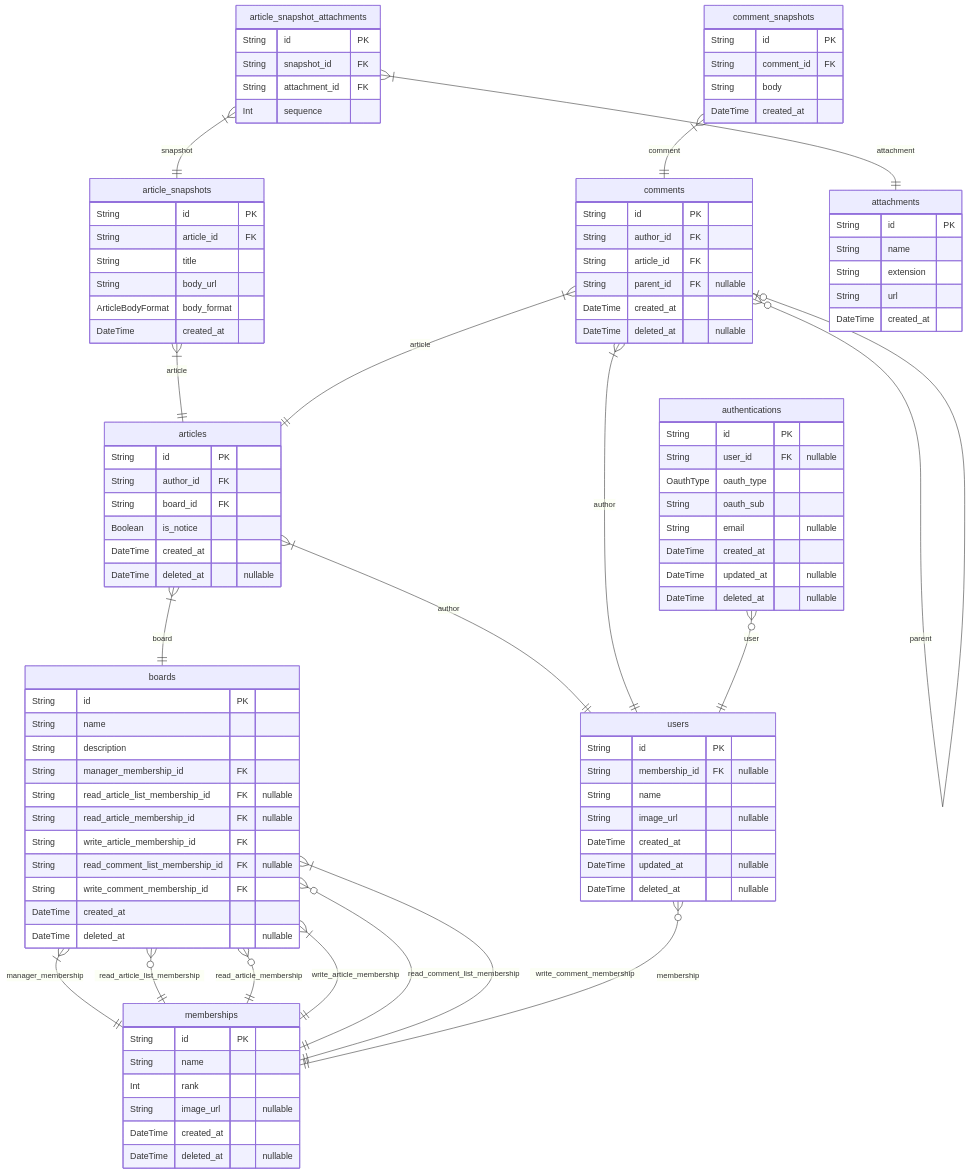
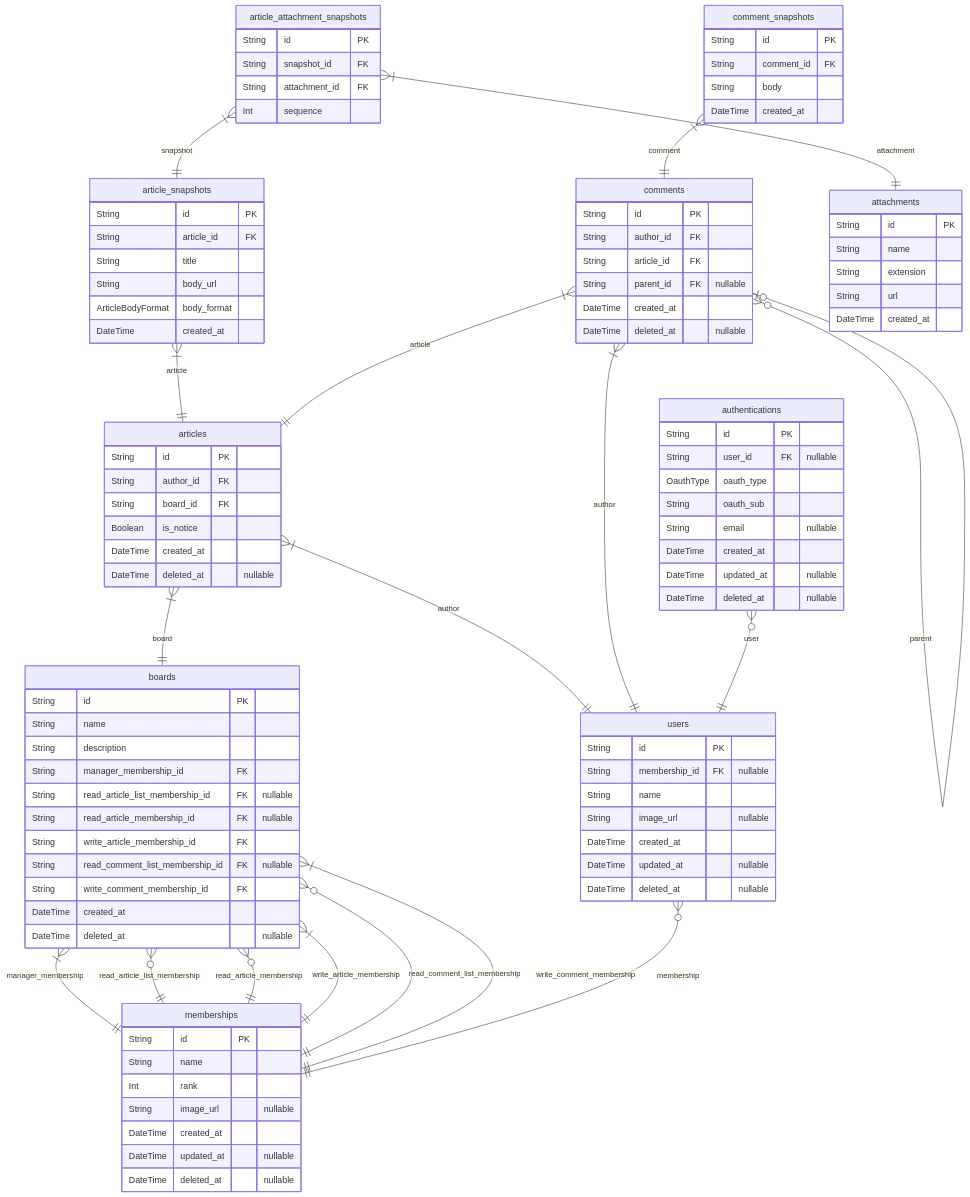
One commit to rojiwon123/bbs changed the first of 5 diagrams in ERD.md. Above: the diagram before and after it, drawn with Mermaid. The commit also changed other lines of this file and 27 other files, not shown here.

```diff
--- a/ERD.md
+++ b/ERD.md
@@ -28,7 +28,7 @@
     ArticleBodyFormat body_format
     DateTime created_at
 }
-article_snapshot_attachments {
+article_attachment_snapshots {
     String id PK
     String snapshot_id FK
     String attachment_id FK
@@ -74,6 +74,7 @@
     Int rank
     String image_url "nullable"
     DateTime created_at
+    DateTime updated_at "nullable"
     DateTime deleted_at "nullable"
 }
 authentications {
@@ -98,8 +99,8 @@
 articles }|--|| users : author
 articles }|--|| boards : board
 article_snapshots }|--|| articles : article
-article_snapshot_attachments }|--|| article_snapshots : snapshot
-article_snapshot_attachments }|--|| attachments : attachment
+article_attachment_snapshots }|--|| article_snapshots : snapshot
+article_attachment_snapshots }|--|| attachments : attachment
 boards }|--|| memberships : manager_membership
 boards }o--|| memberships : read_article_list_membership
 boards }o--|| memberships : read_article_membership
```
